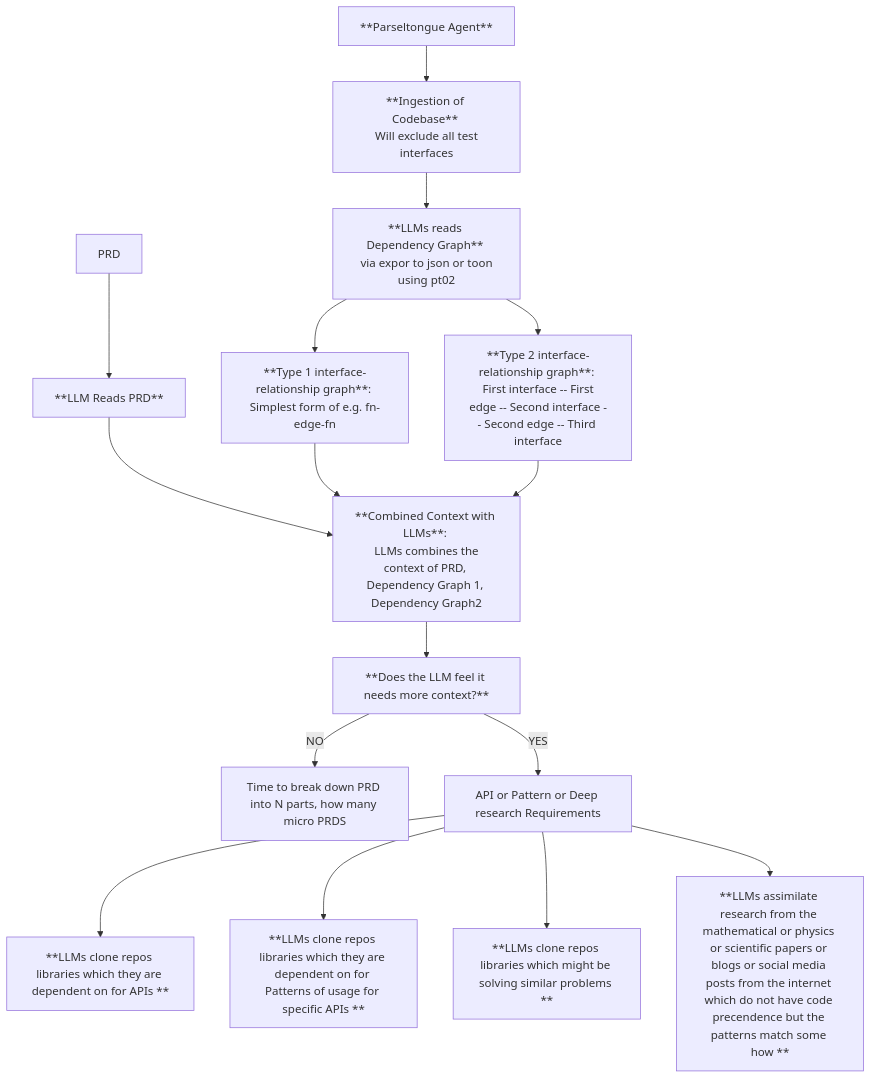
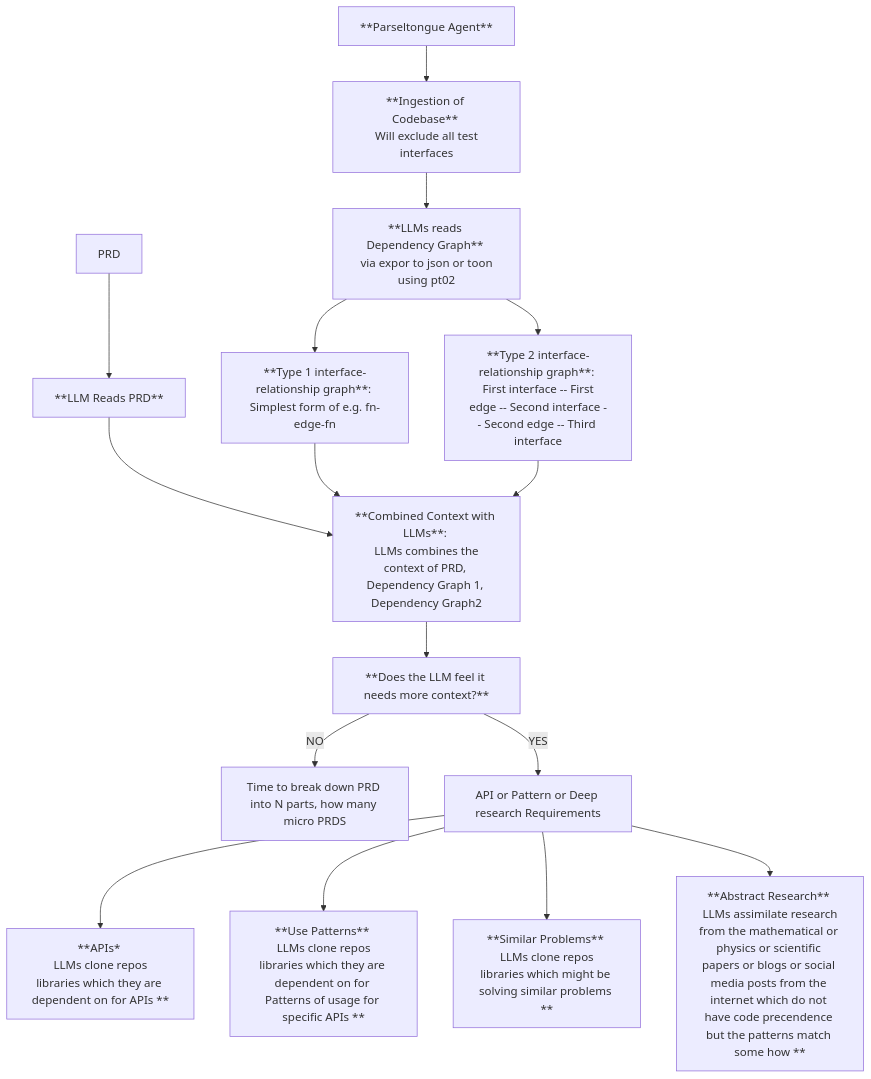
The first of 2 diagrams in scopeDoc.md (that-in-rust/parseltongue), drawn with Mermaid before and after one commit.

Commit message:
prd enhancement

````diff
--- a/scopeDoc.md
+++ b/scopeDoc.md
@@ -42,22 +42,22 @@
 ``` mermaid
 graph TD
    Agent[**Parseltongue Agent**] --> Ingestion[**Ingestion of Codebase** <br> Will exclude all test interfaces]
    Ingestion --> DependencyGraph[**LLMs reads Dependency Graph** <br> via expor to json or toon using pt02]
    DependencyGraph --> GraphType1[**Type 1 interface-relationship graph**: <br>Simplest form of e.g. fn-edge-fn]
    DependencyGraph --> GraphType2[**Type 2 interface-relationship graph**: <br> First interface -- First edge -- Second interface -- Second edge -- Third interface]
 
    PRD --> PRDjson[**LLM Reads PRD**]
    PRDjson -->ContextBase[**Combined Context with LLMs**: <br> LLMs combines the context of PRD, Dependency Graph 1, Dependency Graph2]
    GraphType1 -->ContextBase
    GraphType2 -->ContextBase
 
    ContextBase --> ContextAdequacyTest[**Does the LLM feel it needs more context?**]
    ContextAdequacyTest-- NO --> MicroPRDs[Time to break down PRD into N parts, how many micro PRDS]
    ContextAdequacyTest-- YES --> DomainTypes[API or Pattern or Deep research Requirements]
-   DomainTypes --> APIOriginGitRepos[**LLMs clone repos libraries which they are dependent on for APIs **]
-   DomainTypes --> APIPatternGitRepos[**LLMs clone repos libraries which they are dependent on for Patterns of usage for specific APIs **]
-   DomainTypes --> PredenceRequirements[**LLMs clone repos libraries which might be solving similar problems **]
-   DomainTypes --> AbstractResearchRequirements[**LLMs assimilate research from the mathematical or physics or scientific papers or blogs or social media posts from the internet which do not have code precendence but the patterns match some how **]
+   DomainTypes --> APIOriginGitRepos[**APIs* <br> LLMs clone repos libraries which they are dependent on for APIs **]
+   DomainTypes --> APIPatternGitRepos[**Use Patterns** <br> LLMs clone repos libraries which they are dependent on for Patterns of usage for specific APIs **]
+   DomainTypes --> PredenceRequirements[**Similar Problems** <br> LLMs clone repos libraries which might be solving similar problems **]
+   DomainTypes --> AbstractResearchRequirements[**Abstract Research** <br> LLMs assimilate research from the mathematical or physics or scientific papers or blogs or social media posts from the internet which do not have code precendence but the patterns match some how **]
 
 
 ```
````
